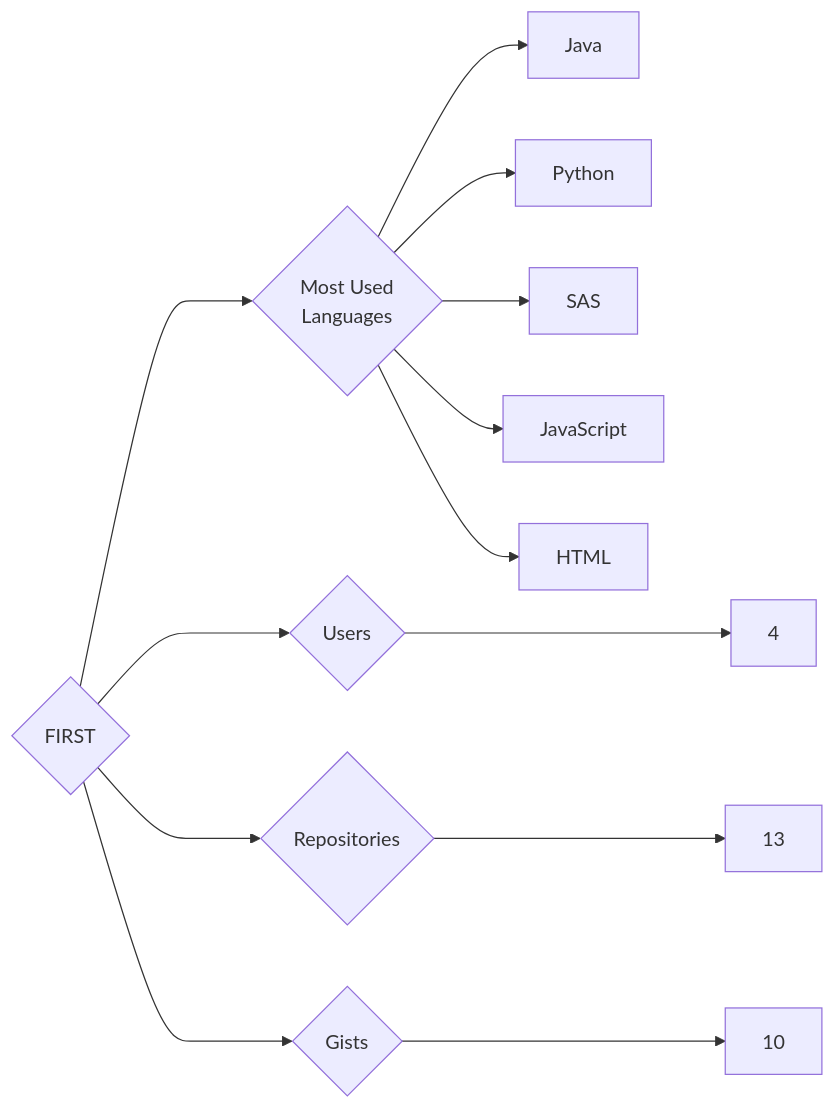
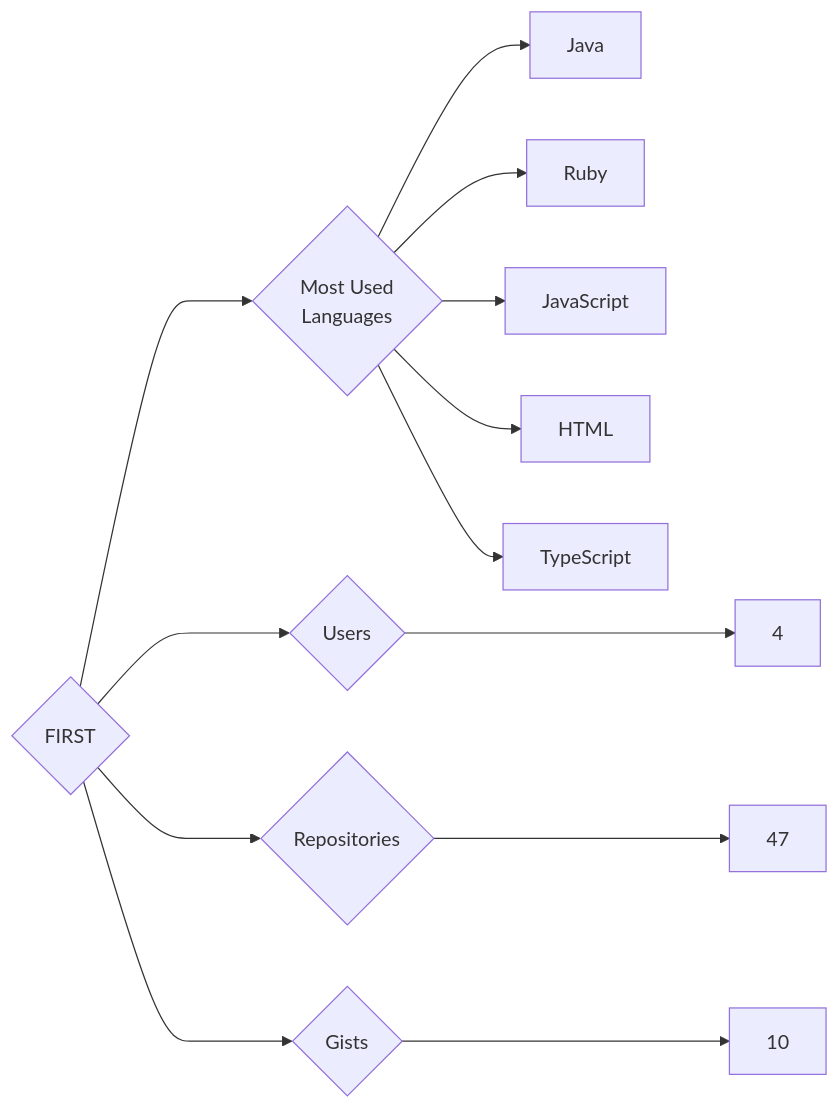
One commit to trickest/insiders changed the diagram in targets/FIRST/README.md. Above: the diagram before and after it, drawn with Mermaid. The commit also changed 1149 other files, not shown here.

````diff
--- a/targets/FIRST/README.md
+++ b/targets/FIRST/README.md
@@ -3,13 +3,13 @@
 ```mermaid
 graph LR
 COMPANY_NAME{FIRST}
 COMPANY_NAME ---> U{Users} ---> UN[4]
-COMPANY_NAME ---> R{Repositories} ---> RN[13]
+COMPANY_NAME ---> R{Repositories} ---> RN[47]
 COMPANY_NAME ---> G{Gists} ---> GN[10]
 COMPANY_NAME ---> ML{Most Used<br>Languages}
 ML --> Java[Java]
-ML --> Python[Python]
-ML --> SAS[SAS]
+ML --> Ruby[Ruby]
 ML --> JavaScript[JavaScript]
 ML --> HTML[HTML]
+ML --> TypeScript[TypeScript]
 ```
````
